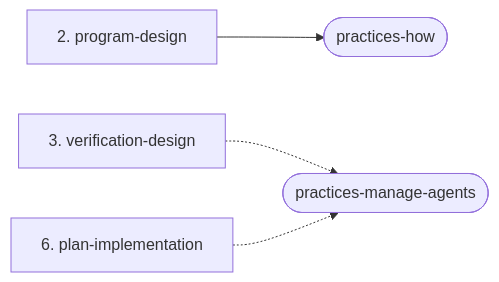
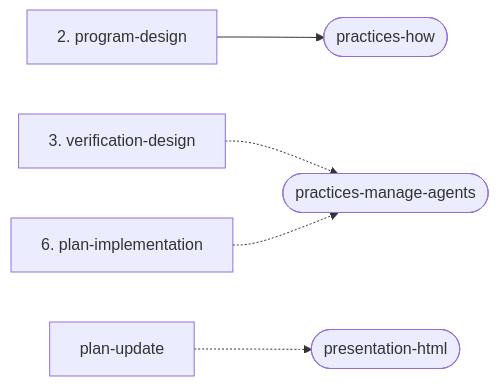
Before and after one commit to ShravanSunder/sunstack: the second of 4 diagrams in plugins/sunstack-dev/docs/phase-composition.md, drawn with Mermaid. The commit also changed other lines of this file and 2 other files, not shown here.

First line of the commit message:
fix(plan-update): refresh the owner's plan page after a superseding plan (I2)

````diff
--- a/plugins/sunstack-dev/docs/phase-composition.md
+++ b/plugins/sunstack-dev/docs/phase-composition.md
@@ -76,6 +76,7 @@
 ```mermaid
 flowchart LR
   program_design["2. program-design"] --> practices_how(["practices-how"])
   verification_design["3. verification-design"] -.-> practices_manage_agents(["practices-manage-agents"])
   plan_implementation["6. plan-implementation"] -.-> practices_manage_agents(["practices-manage-agents"])
+  plan_update["plan-update"] -.-> presentation_html(["presentation-html"])
 ```
````
